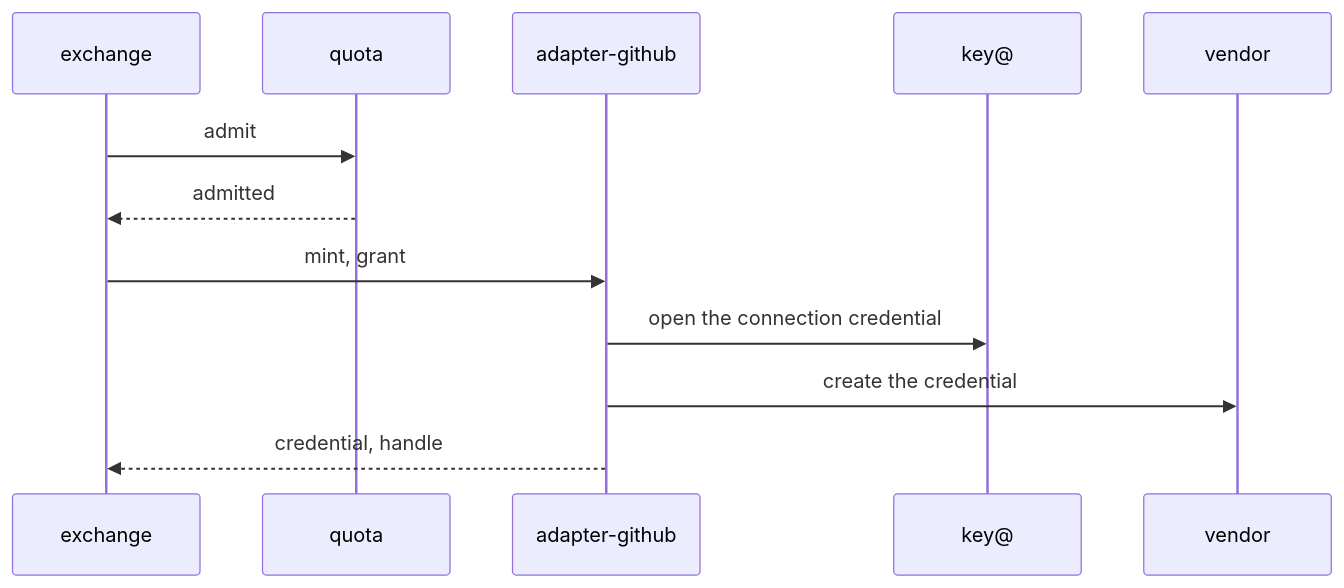
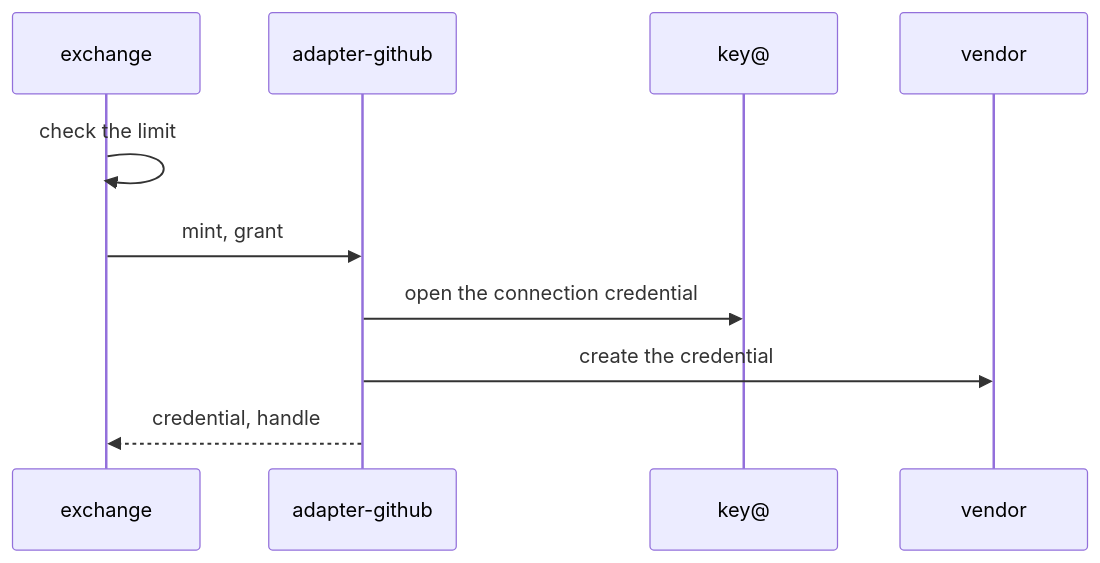
Before and after one commit to truvity/sluis: the third of 9 diagrams in docs/architecture/components.md, drawn with Mermaid. The commit also changed other lines of this file and 43 other files, not shown here.

````diff
--- a/docs/architecture/components.md
+++ b/docs/architecture/components.md
@@ -134,14 +135,12 @@
 ```mermaid
 sequenceDiagram
   participant X as exchange
-  participant Q as quota
   participant A as adapter-github
   participant K as key@
   participant V as vendor
-  X->>Q: admit
-  Q-->>X: admitted
+  X->>X: check the limit
   X->>A: mint, grant
   A->>K: open the connection credential
   A->>V: create the credential
   A-->>X: credential, handle
 ```
````
